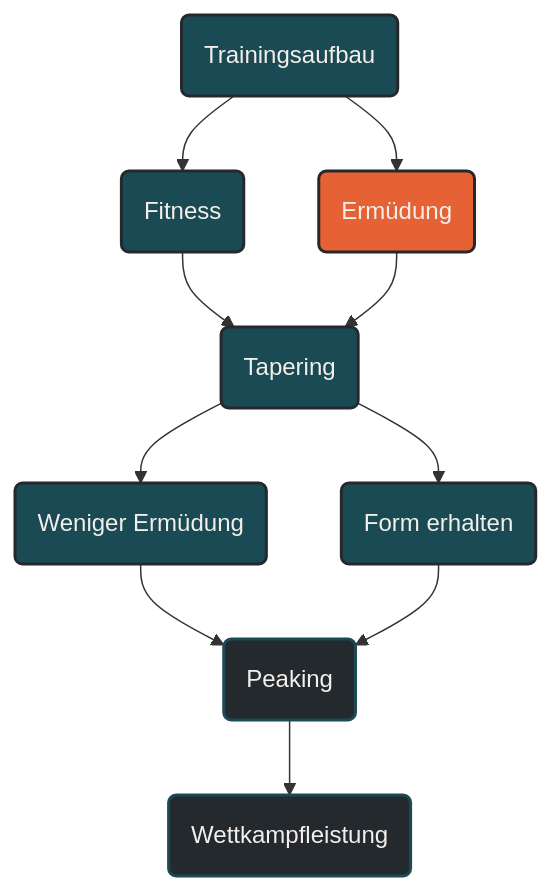
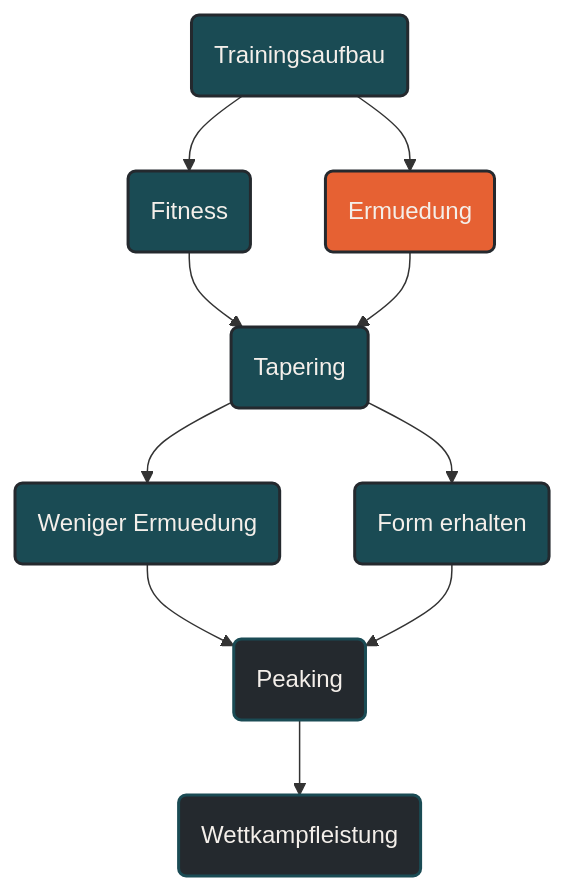
One commit to Quixos40K/ausdauersport-typemill changed the diagram in content/00-ausdauersport/00-trainingswissenschaft/02-periodisierung/04-peaking.md. Above: the diagram before and after it, drawn with Mermaid. The commit also changed other lines of this file, not shown here.

````diff
--- a/content/00-ausdauersport/00-trainingswissenschaft/02-periodisierung/04-peaking.md
+++ b/content/00-ausdauersport/00-trainingswissenschaft/02-periodisierung/04-peaking.md
@@ -195,26 +195,26 @@
 ```mermaid
 graph TD
     A(Trainingsaufbau) --> B(Fitness)
-    A --> C(Ermüdung)
+    A --> C(Ermuedung)
     B --> D(Tapering)
     C --> D
-    D --> E(Weniger Ermüdung)
+    D --> E(Weniger Ermuedung)
     D --> F(Form erhalten)
     E --> G(Peaking)
     F --> G
     G --> H(Wettkampfleistung)
 
     classDef default fill:#F4EFEA,stroke:#1A4B54,stroke-width:2px,color:#24292E;
     classDef primary fill:#1A4B54,stroke:#24292E,stroke-width:2px,color:#F4EFEA;
     classDef highlight fill:#E66133,stroke:#24292E,stroke-width:2px,color:#F4EFEA;
     classDef dark fill:#24292E,stroke:#1A4B54,stroke-width:2px,color:#F4EFEA;
 
     class A primary;
     class B primary;
     class C highlight;
     class D primary;
     class E primary;
     class F primary;
     class G dark;
     class H dark;
 ```
````
